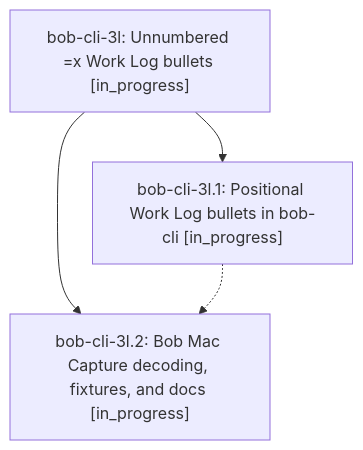
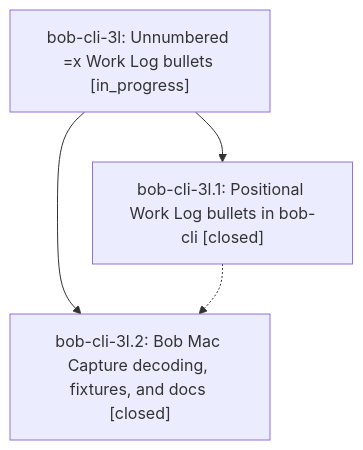
Before and after one commit to bobs-org/bob-cli--beads: the diagram in pages/bob-cli-3l/README.md, drawn with Mermaid. The commit also changed other lines of this file and 2 other files, not shown here.

Commit message:
chore(beads): sync bead state and pages for bob-cli-3l
SASE_TYPE=beads
SASE_AGENT=[bbugyi200.apollo.bob-cli-3l.2][1]

[1]: https://github.com/bobs-org/bob-cli--agents/blob/main/agents/bbugyi200.apollo.bob-cli-3l.2/README.md

````diff
--- a/pages/bob-cli-3l/README.md
+++ b/pages/bob-cli-3l/README.md
@@ -23,9 +23,9 @@
 ```mermaid
 flowchart TD
     n0["bob-cli-3l: Unnumbered =x Work Log bullets [in_progress]"]
-    n1["bob-cli-3l.1: Positional Work Log bullets in bob-cli [in_progress]"]
-    n2["bob-cli-3l.2: Bob Mac Capture decoding, fixtures, and docs [in_progress]"]
+    n1["bob-cli-3l.1: Positional Work Log bullets in bob-cli [closed]"]
+    n2["bob-cli-3l.2: Bob Mac Capture decoding, fixtures, and docs [closed]"]
     n0 --> n1
     n0 --> n2
     n1 -.-> n2
 ```
````
